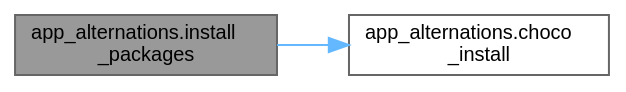
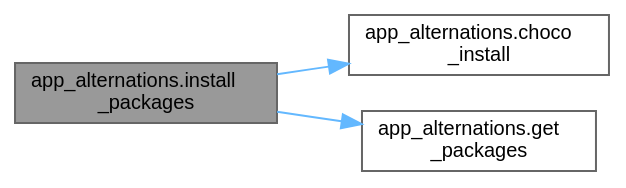
The diagram in rtf/d3/dc0/namespaceapp__alternations_ad26ac0da1ded6d594b1798cfbfc10a88_cgraph.dot (GrenManSK/ZnamE), drawn with Graphviz before and after one commit. The commit also changed 356 other files, not shown here.

```diff
--- a/rtf/d3/dc0/namespaceapp__alternations_ad26ac0da1ded6d594b1798cfbfc10a88_cgraph.dot
+++ b/rtf/d3/dc0/namespaceapp__alternations_ad26ac0da1ded6d594b1798cfbfc10a88_cgraph.dot
@@ -1,11 +1,13 @@
 digraph "app_alternations.install_packages"
 {
  // LATEX_PDF_SIZE
   bgcolor="transparent";
   edge [fontname=Helvetica,fontsize=10,labelfontname=Helvetica,labelfontsize=10];
   node [fontname=Helvetica,fontsize=10,shape=box,height=0.2,width=0.4];
   rankdir="LR";
   Node1 [label="app_alternations.install\l_packages",height=0.2,width=0.4,color="gray40", fillcolor="grey60", style="filled", fontcolor="black",tooltip=" "];
   Node1 -> Node2 [color="steelblue1",style="solid"];
   Node2 [label="app_alternations.choco\l_install",height=0.2,width=0.4,color="grey40", fillcolor="white", style="filled",URL="$d3/dc0/namespaceapp__alternations.html#aba2d947f1502e4a272b4c11754fd567d",tooltip=" "];
+  Node1 -> Node3 [color="steelblue1",style="solid"];
+  Node3 [label="app_alternations.get\l_packages",height=0.2,width=0.4,color="grey40", fillcolor="white", style="filled",URL="$d3/dc0/namespaceapp__alternations.html#aae358fb985b5d678bd85f4042eb5e062",tooltip=" "];
 }
```
